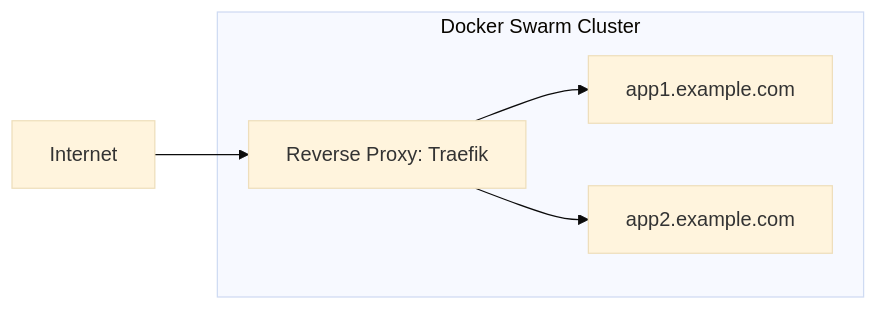
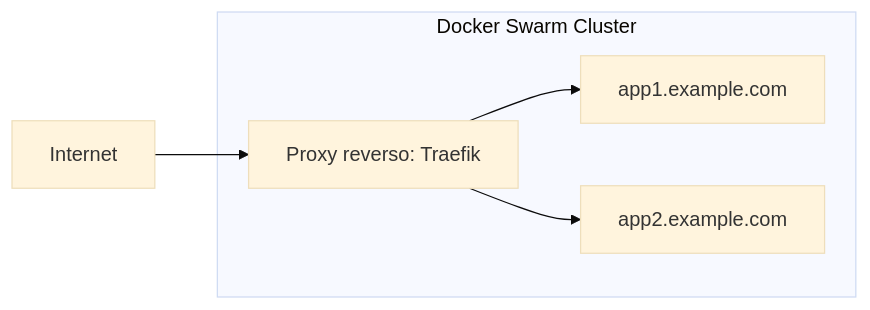
Before and after one commit to yiisoft/docs: the diagram in src/pt-BR/cookbook/deployment/docker-swarm-traefik.md, drawn with Mermaid (base theme). The commit also changed other lines of this file and 57 other files, not shown here.

````diff
--- a/src/pt-BR/cookbook/deployment/docker-swarm-traefik.md
+++ b/src/pt-BR/cookbook/deployment/docker-swarm-traefik.md
@@ -9,12 +9,12 @@
 ```mermaid
 graph LR
-    A[Internet] --> B[Reverse Proxy: Traefik]
+    A[Internet] --> B[Proxy reverso: Traefik]
     B --> C[app1.example.com]
     B --> D[app2.example.com]
     
     subgraph Docker Swarm Cluster
         B
         C
         D
     end
 ```
````
